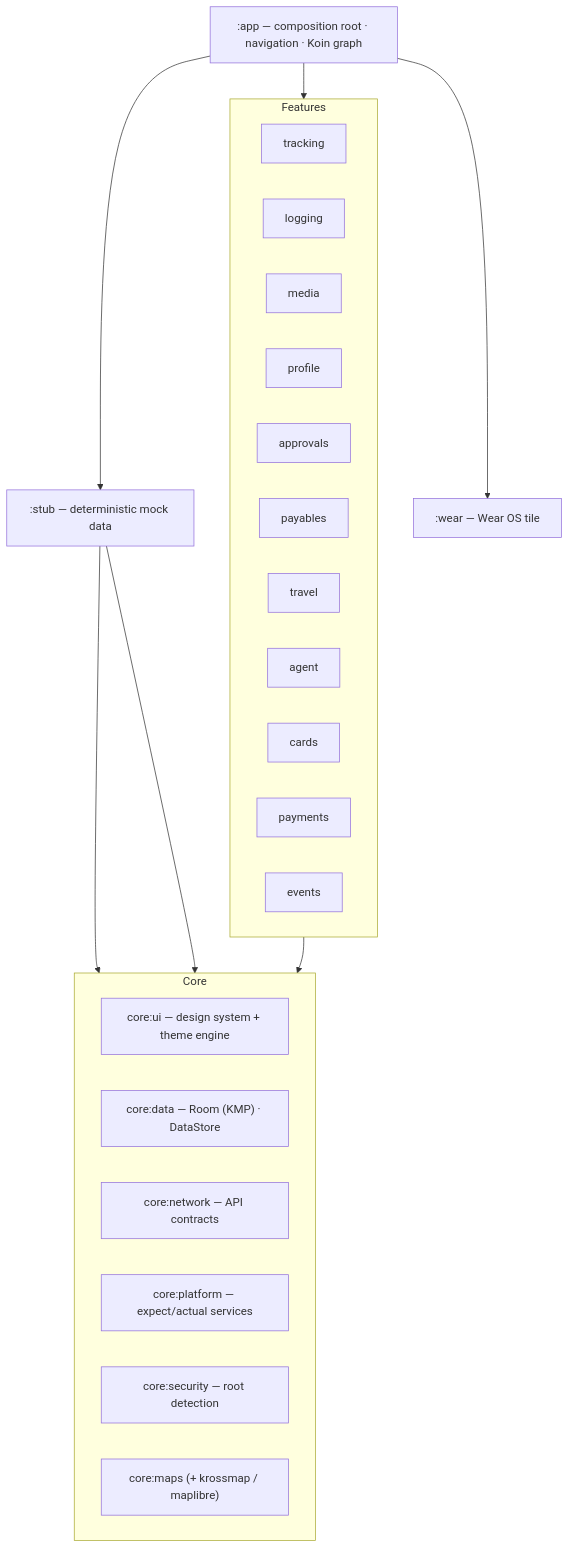
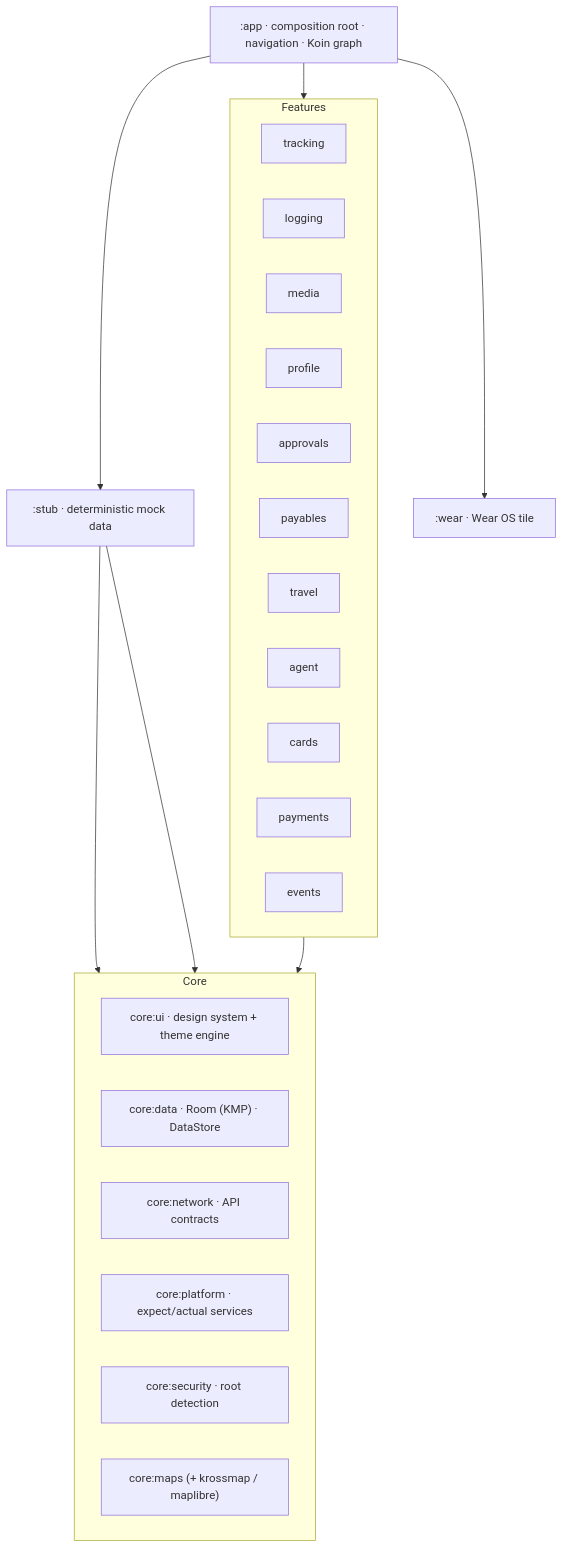
The diagram in README.md (darkpandawarrior/Mileway), drawn with Mermaid before and after one commit. The commit also changed other lines of this file and 3 other files, not shown here.

````diff
--- a/README.md
+++ b/README.md
@@ -245,31 +245,31 @@
 ```mermaid
 graph TD
-    APP[":app — composition root · navigation · Koin graph"]
+    APP[":app · composition root · navigation · Koin graph"]
 
     subgraph Features
       direction LR
       FT["tracking"]; FL["logging"]; FM["media"]; FP["profile"]
       FA["approvals"]; FPA["payables"]; FTR["travel"]; FAG["agent"]
       FC["cards"]; FPM["payments"]; FE["events"]
     end
 
     subgraph Core
       direction LR
-      UI["core:ui — design system + theme engine"]
-      DATA["core:data — Room (KMP) · DataStore"]
-      NET["core:network — API contracts"]
-      PLAT["core:platform — expect/actual services"]
-      SEC["core:security — root detection"]
+      UI["core:ui · design system + theme engine"]
+      DATA["core:data · Room (KMP) · DataStore"]
+      NET["core:network · API contracts"]
+      PLAT["core:platform · expect/actual services"]
+      SEC["core:security · root detection"]
       MAPS["core:maps (+ krossmap / maplibre)"]
     end
 
-    STUB[":stub — deterministic mock data"]
-    WEAR[":wear — Wear OS tile"]
+    STUB[":stub · deterministic mock data"]
+    WEAR[":wear · Wear OS tile"]
 
     APP --> Features
     APP --> STUB
     APP --> WEAR
     Features --> Core
     STUB --> DATA
     STUB --> NET
 ```
````
